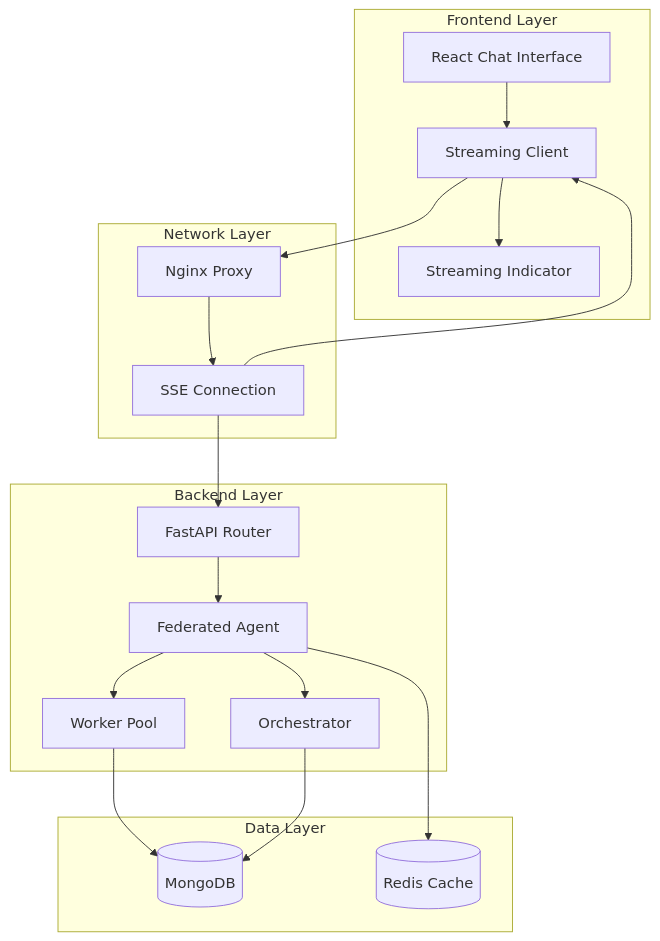
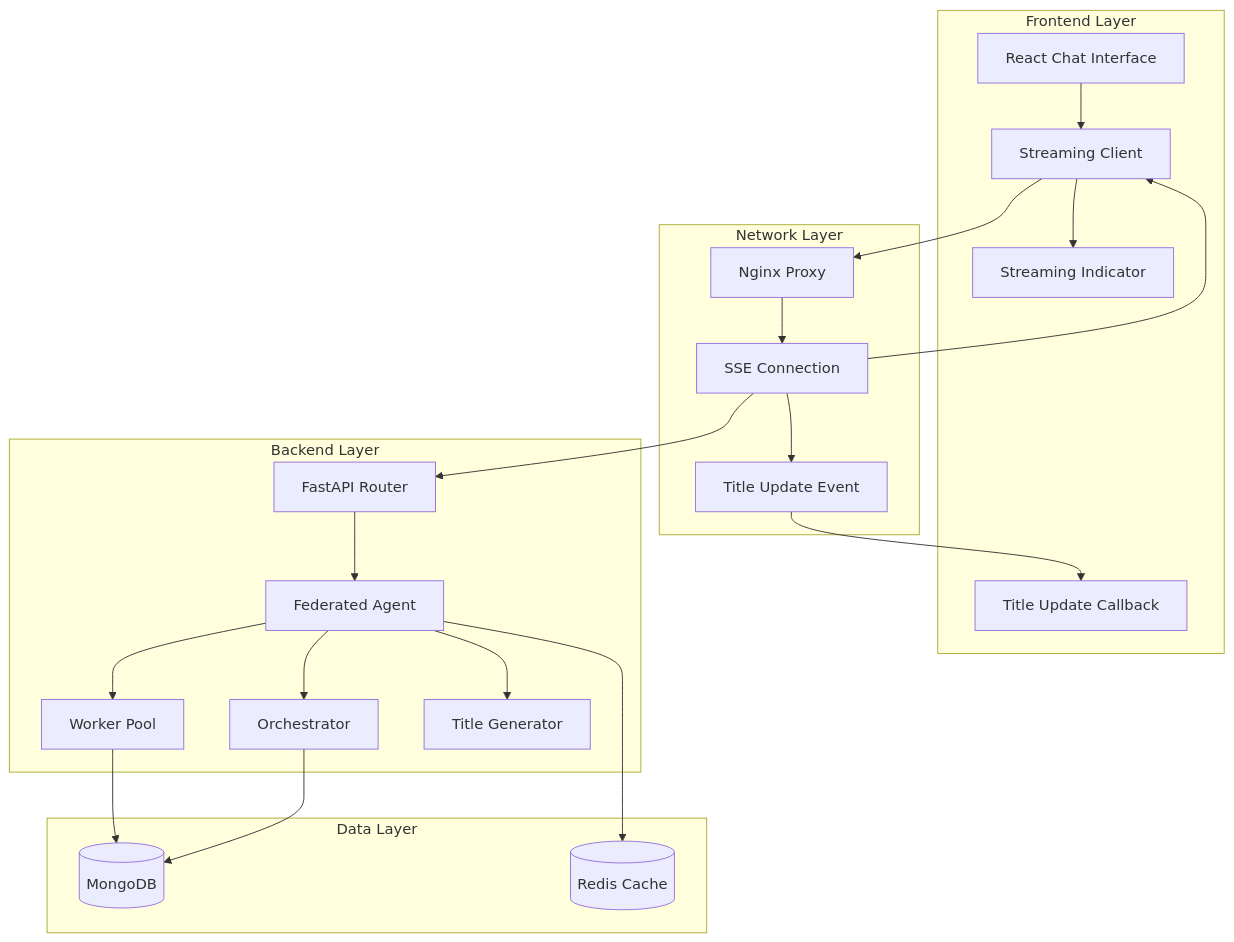
Before and after one commit to emanuelplopu/MongoDB-RAG-Agent: the first of 11 diagrams in .qoder/repowiki/en/content/Core Features/Streaming Reliability Enhancements.md, drawn with Mermaid. The commit also changed other lines of this file and 5 other files, not shown here.

````diff
--- a/.qoder/repowiki/en/content/Core Features/Streaming Reliability Enhancements.md
+++ b/.qoder/repowiki/en/content/Core Features/Streaming Reliability Enhancements.md
@@ -39,34 +50,40 @@
 ```mermaid
 graph TB
 subgraph "Frontend Layer"
 UI[React Chat Interface]
 Client[Streaming Client]
 Indicator[Streaming Indicator]
+TitleCallback[Title Update Callback]
 end
 subgraph "Network Layer"
 Nginx[Nginx Proxy]
 SSE[SSE Connection]
+TitleEvent[Title Update Event]
 end
 subgraph "Backend Layer"
 API[FastAPI Router]
 Agent[Federated Agent]
 Orchestrator[Orchestrator]
 Workers[Worker Pool]
+TitleGen[Title Generator]
 end
 subgraph "Data Layer"
 DB[(MongoDB)]
 Cache[(Redis Cache)]
 end
 UI --> Client
 Client --> Nginx
 Nginx --> SSE
 SSE --> API
 API --> Agent
 Agent --> Orchestrator
 Agent --> Workers
+Agent --> TitleGen
 Workers --> DB
 Orchestrator --> DB
 Agent --> Cache
 SSE --> Client
+SSE --> TitleEvent
+TitleEvent --> TitleCallback
 Client --> Indicator
 ```
````
